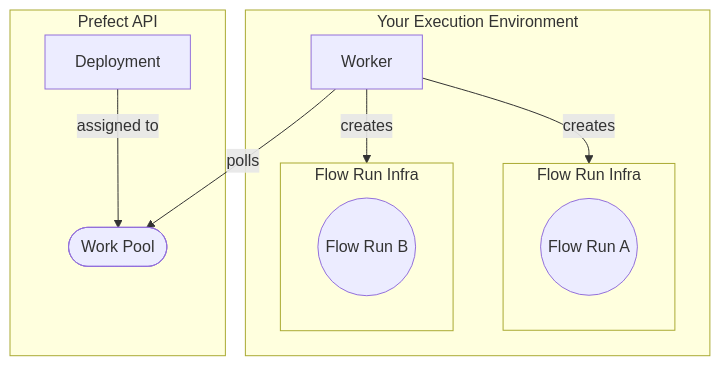
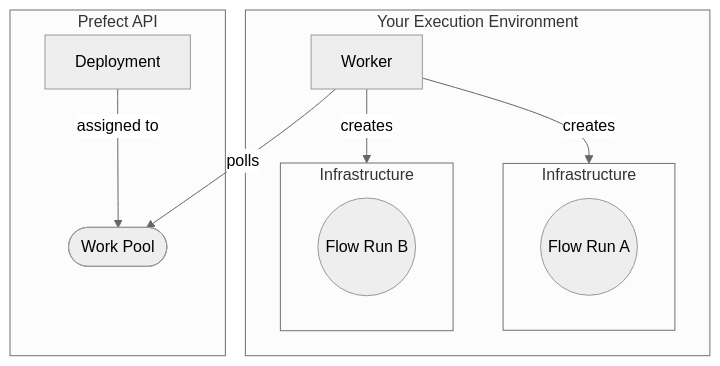
The diagram in docs/3.0/deploy/infrastructure-concepts/workers.mdx (PrefectHQ/prefect), drawn with Mermaid before and after one commit. The commit also changed other lines of this file and 3 other files, not shown here.

Commit message:
update mermaid.js chart styling

````diff
--- a/docs/3.0/deploy/infrastructure-concepts/workers.mdx
+++ b/docs/3.0/deploy/infrastructure-concepts/workers.mdx
@@ -14,21 +14,30 @@
 ```mermaid
-graph TD
+%%{
+  init: {
+    'theme': 'neutral',
+    'themeVariables': {
+      'margin': '10px'
+    }
+  }
+}%%
+
+flowchart TD
     subgraph your_infra["Your Execution Environment"]
         worker["Worker"]
-    subgraph flow_run_infra[Flow Run Infra]
-     flow_run_a(("Flow Run A"))
-    end
-    subgraph flow_run_infra_2[Flow Run Infra]
-     flow_run_b(("Flow Run B"))
-    end      
+        subgraph flow_run_infra[Infrastructure]
+            flow_run_a(("Flow Run A"))
+        end
+        subgraph flow_run_infra_2[Infrastructure]
+            flow_run_b(("Flow Run B"))
+        end      
     end
 
     subgraph api["Prefect API"]
     Deployment --> |assigned to| work_pool
         work_pool(["Work Pool"])
     end
 
     worker --> |polls| work_pool
     worker --> |creates| flow_run_infra
     worker --> |creates| flow_run_infra_2
 ```
````
